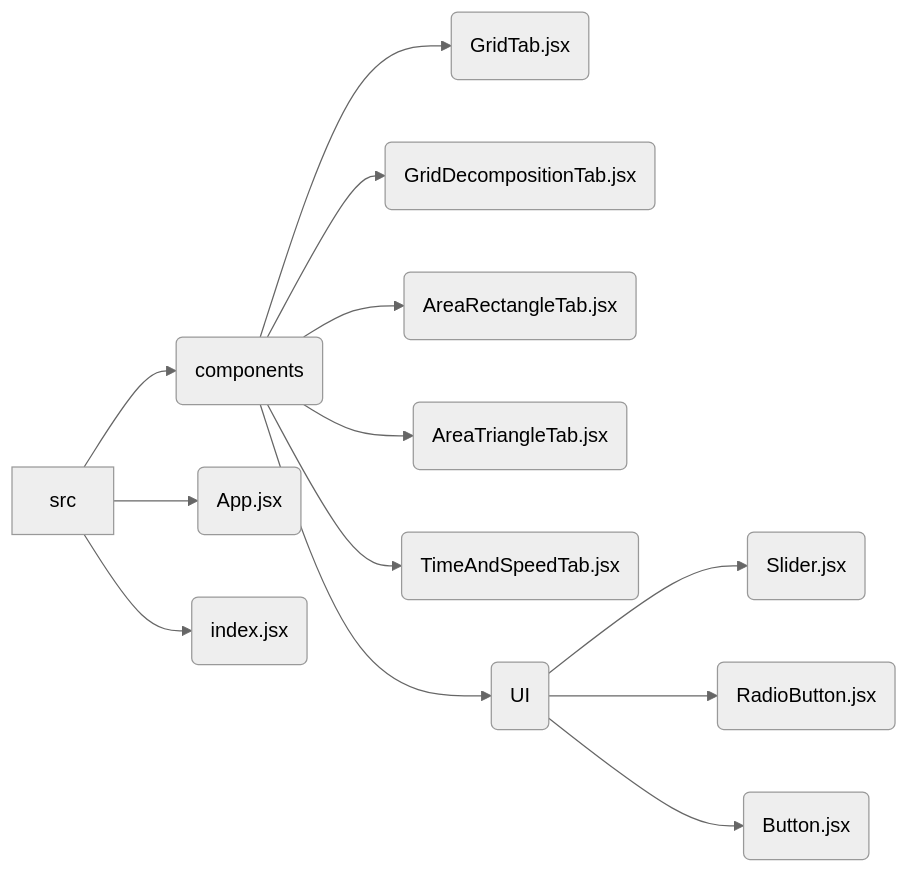
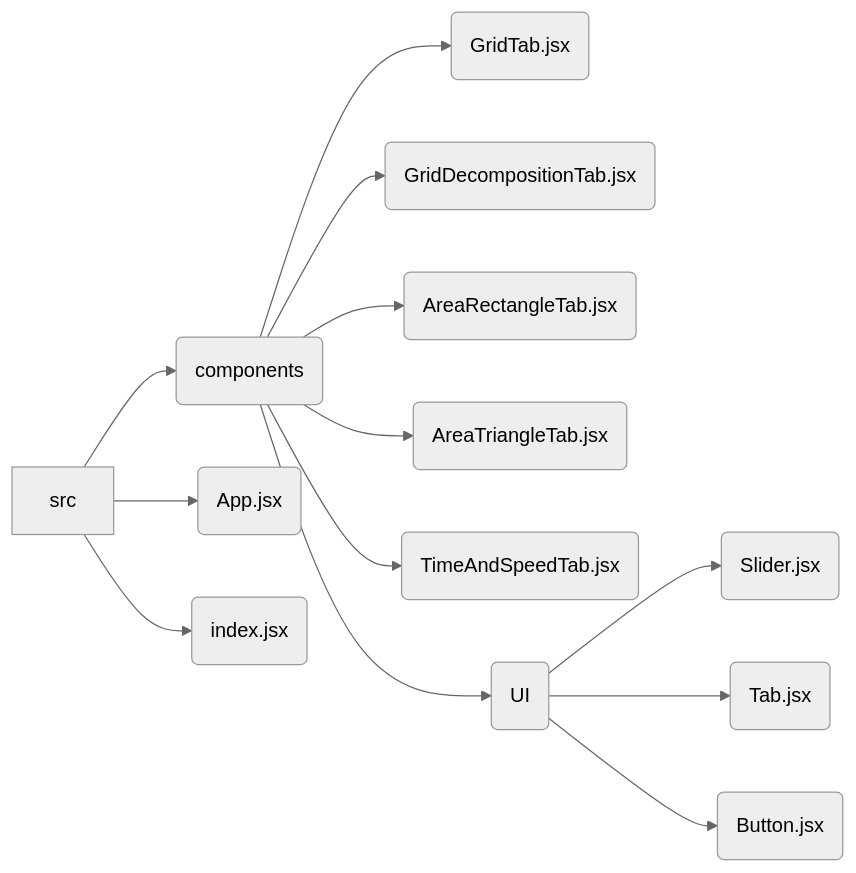
One commit to 2dice/multiply-visualizer changed the diagram in RooDocs/design.md. Above: the diagram before and after it, drawn with Mermaid (neutral theme). The commit also changed other lines of this file and 14 other files, not shown here.

````diff
--- a/RooDocs/design.md
+++ b/RooDocs/design.md
@@ -137,15 +137,15 @@
 ```mermaid
 graph LR
     A[src] --> B(components);
     A --> C(App.jsx);
     A --> D(index.jsx);
     B --> E(GridTab.jsx);
     B --> F(GridDecompositionTab.jsx);
     B --> G(AreaRectangleTab.jsx);
     B --> H(AreaTriangleTab.jsx);
     B --> I(TimeAndSpeedTab.jsx);
     B --> J(UI);
     J --> K(Slider.jsx);
-    J --> L(RadioButton.jsx);
+    J --> L(Tab.jsx);
     J --> M(Button.jsx);
 ```
````
